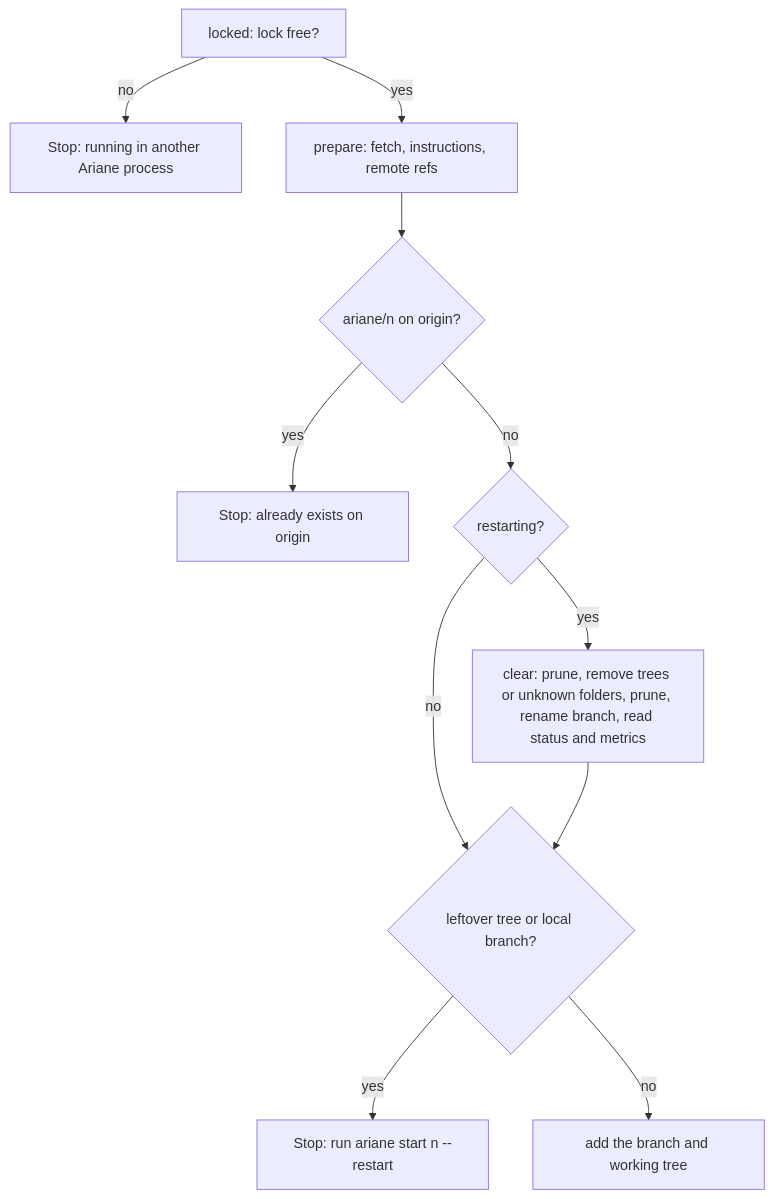
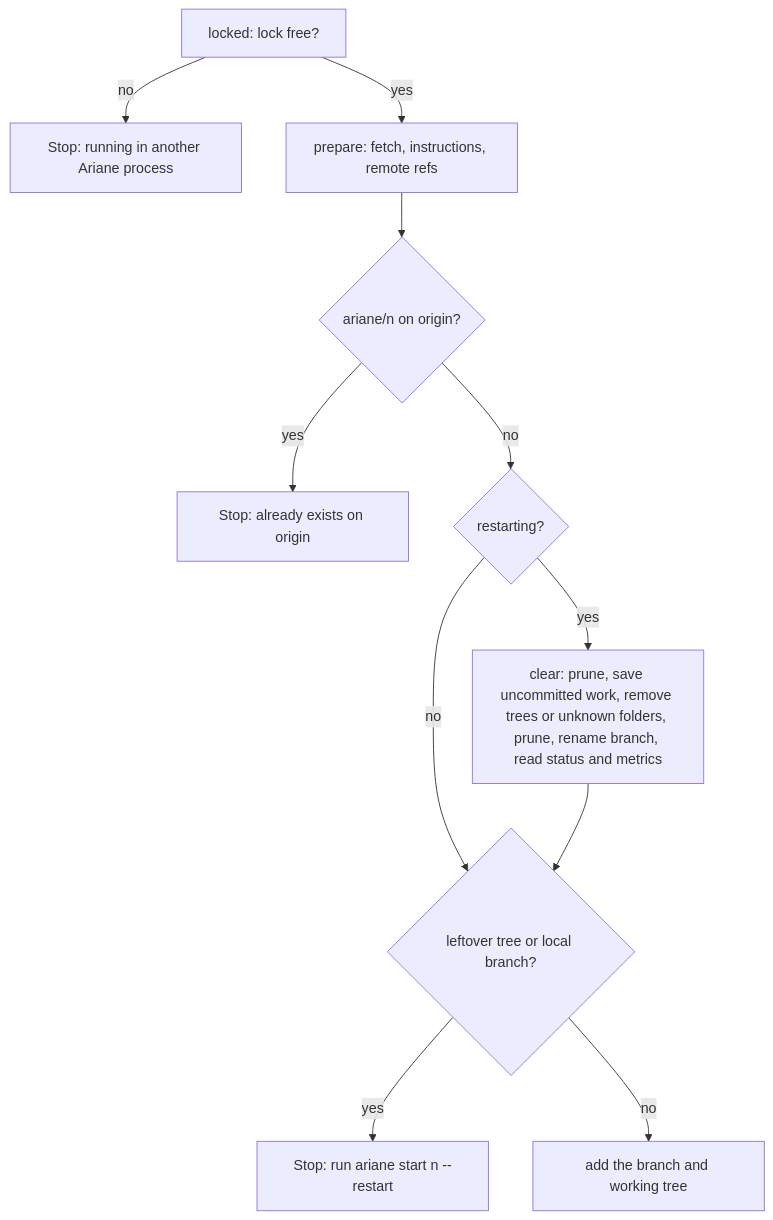
The first of 3 diagrams in docs/architecture/modules/restart.md (plaplanche/ariane), drawn with Mermaid before and after one commit. The commit also changed other lines of this file and 9 other files, not shown here.

````diff
--- a/docs/architecture/modules/restart.md
+++ b/docs/architecture/modules/restart.md
@@ -33,13 +35,13 @@
 ```mermaid
 flowchart TD
   A[locked: lock free?] -- no --> X[Stop: running in another Ariane process]
   A -- yes --> B[prepare: fetch, instructions, remote refs]
   B --> C{ariane/n on origin?}
   C -- yes --> Y[Stop: already exists on origin]
   C -- no --> D{restarting?}
-  D -- yes --> E[clear: prune, remove trees or unknown folders, prune, rename branch, read status and metrics]
+  D -- yes --> E[clear: prune, save uncommitted work, remove trees or unknown folders, prune, rename branch, read status and metrics]
   D -- no --> F{leftover tree or local branch?}
   E --> F
   F -- yes --> Z[Stop: run ariane start n --restart]
   F -- no --> G[add the branch and working tree]
 ```
````
